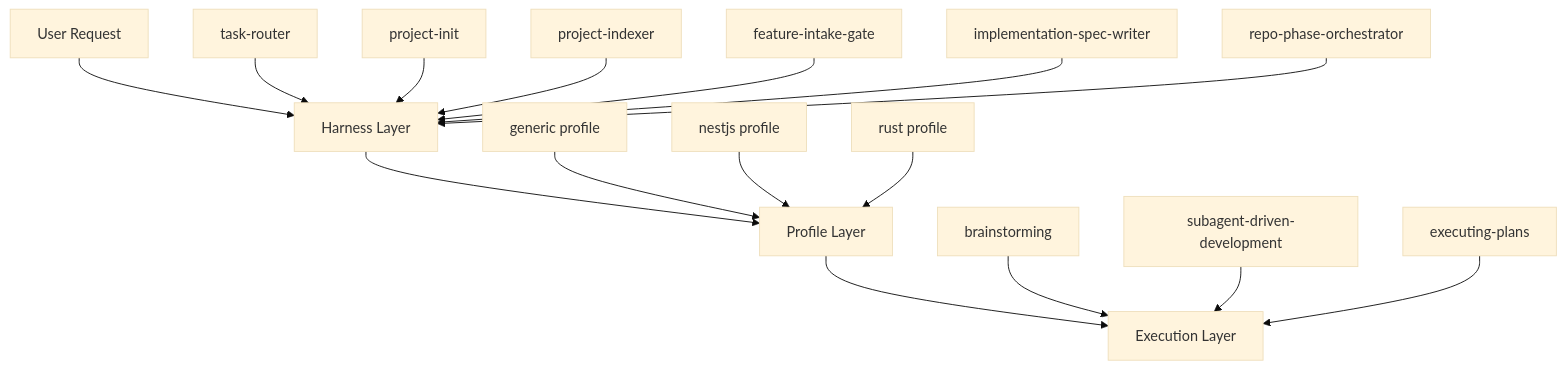
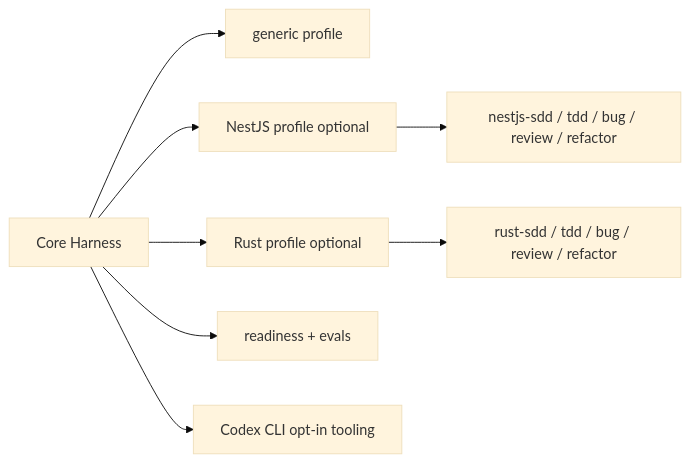
Before and after one commit to HoanDo95/CodexMinimal: the second of 8 diagrams in README.md, drawn with Mermaid (base theme). The commit also changed other lines of this file and 1 other file, not shown here.

Commit message:
Improve README and add doc link readiness guard

````diff
--- a/README.md
+++ b/README.md
@@ -32,21 +37,11 @@
 ```mermaid
-flowchart TB
-    U[User Request] --> H[Harness Layer]
-    H --> P[Profile Layer]
-    P --> E[Execution Layer]
+flowchart LR
+    Core[Core Harness] --> Generic[generic profile]
+    Core --> Nest[NestJS profile optional]
+    Core --> Rust[Rust profile optional]
+    Core --> Checks[readiness + evals]
+    Core --> CLI[Codex CLI opt-in tooling]
 
-    H1[task-router] --> H
-    H2[project-init] --> H
-    H3[project-indexer] --> H
-    H4[feature-intake-gate] --> H
-    H5[implementation-spec-writer] --> H
-    H6[repo-phase-orchestrator] --> H
-
-    P1[generic profile] --> P
-    P2[nestjs profile] --> P
-    P3[rust profile] --> P
-
-    E1[brainstorming] --> E
-    E2[subagent-driven-development] --> E
-    E3[executing-plans] --> E
+    Nest --> NS[nestjs-sdd / tdd / bug / review / refactor]
+    Rust --> RS[rust-sdd / tdd / bug / review / refactor]
 ```
````
